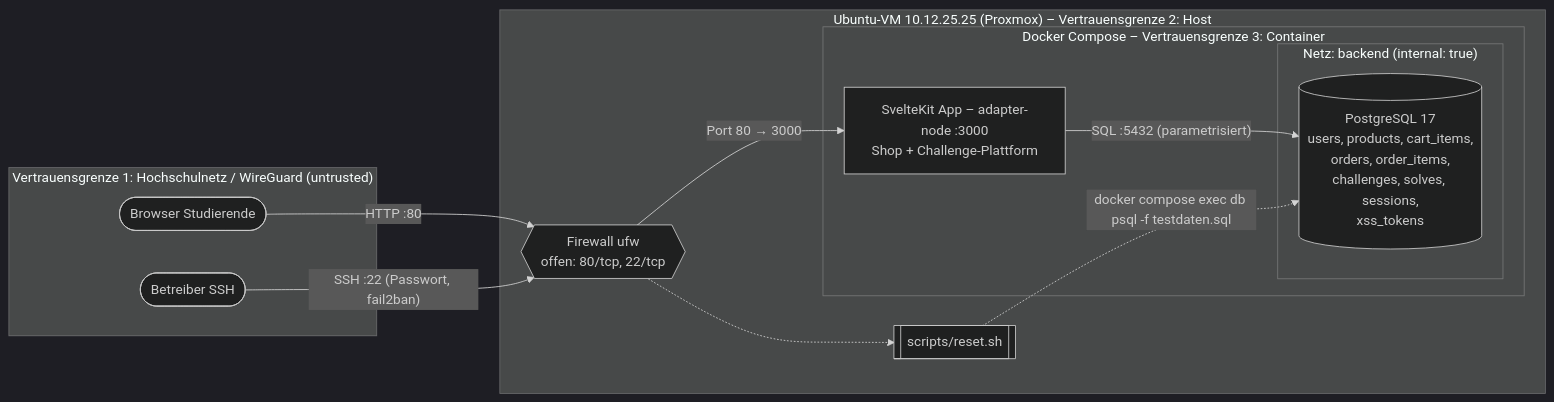
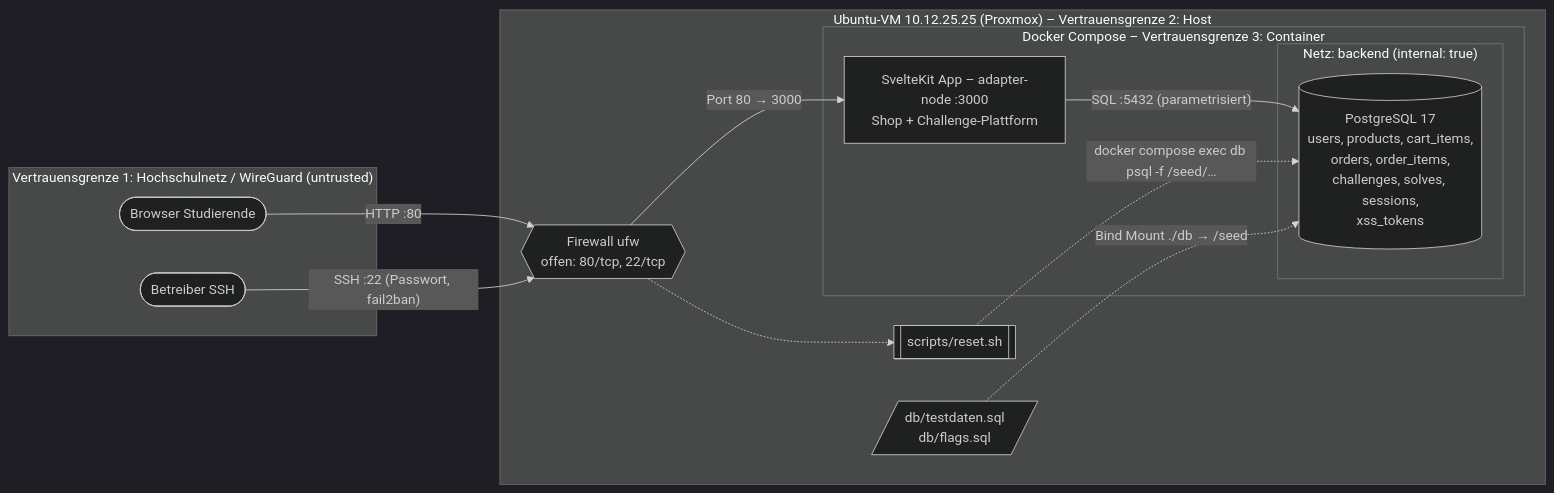
Before and after one commit to p4trickweiss/hcw-ssd-sudo-shop: the diagram in Planung.md, drawn with Mermaid (dark theme). The commit also changed other lines of this file, not shown here.

````diff
--- a/Planung.md
+++ b/Planung.md
@@ -134,25 +134,27 @@
 ```mermaid
 flowchart LR
     subgraph TB0["Vertrauensgrenze 1: Hochschulnetz / WireGuard (untrusted)"]
         user([Browser Studierende])
         op([Betreiber SSH])
     end
 
     subgraph VM["Ubuntu-VM 10.12.25.25 (Proxmox) – Vertrauensgrenze 2: Host"]
         ufw{{Firewall ufw<br/>offen: 80/tcp, 22/tcp}}
         reset[[scripts/reset.sh]]
+        seed[/"db/testdaten.sql<br/>db/flags.sql"/]
         subgraph DOCKER["Docker Compose – Vertrauensgrenze 3: Container"]
             app[SvelteKit App – adapter-node :3000<br/>Shop + Challenge-Plattform]
             subgraph BE["Netz: backend (internal: true)"]
                 db[(PostgreSQL 17<br/>users, products, cart_items,<br/>orders, order_items,<br/>challenges, solves, sessions,<br/>xss_tokens)]
             end
         end
     end
 
     user -- "HTTP :80" --> ufw
     ufw -- "Port 80 → 3000" --> app
     app -- "SQL :5432 (parametrisiert)" --> db
     op -- "SSH :22 (Passwort, fail2ban)" --> ufw
     ufw -.-> reset
-    reset -. "docker compose exec db psql -f testdaten.sql" .-> db
+    reset -. "docker compose exec db psql -f /seed/…" .-> db
+    seed -. "Bind Mount ./db → /seed" .-> db
 ```
````
